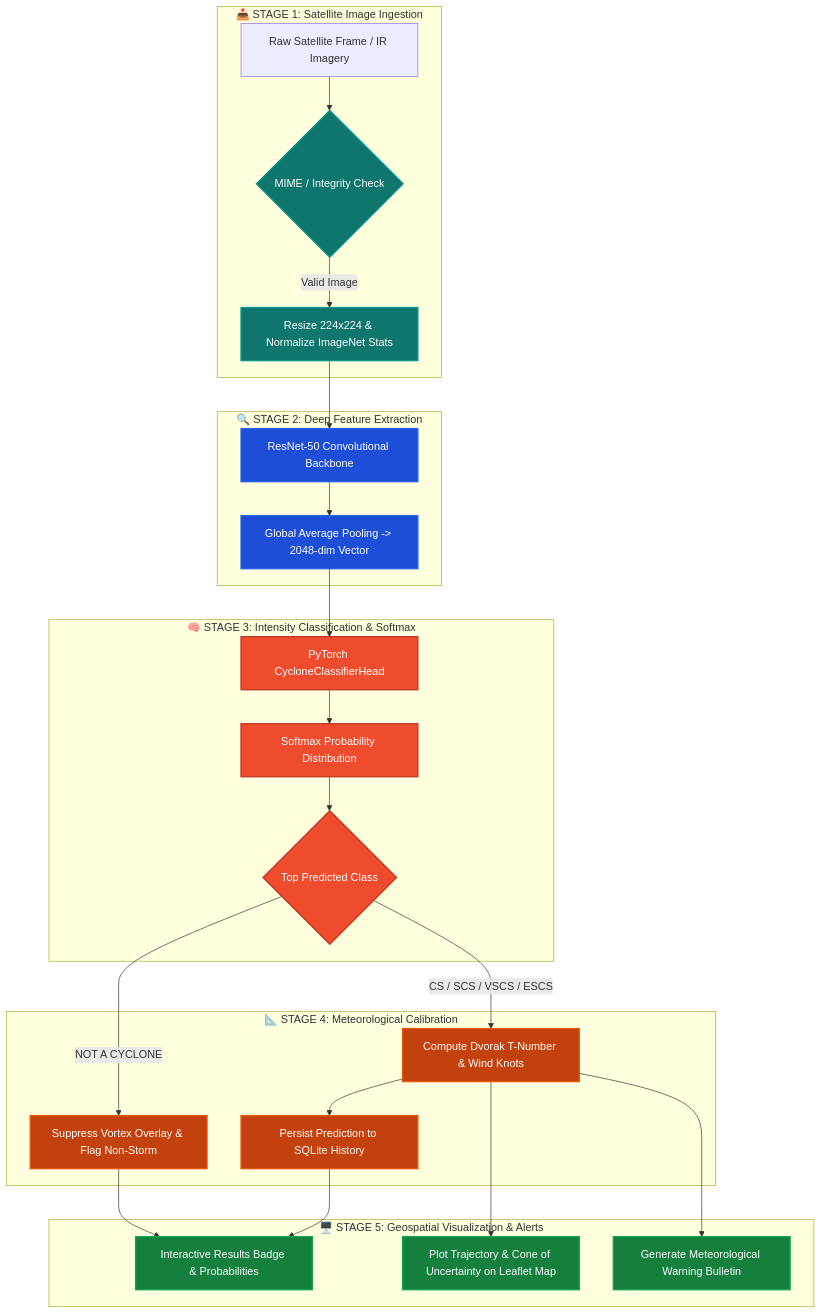
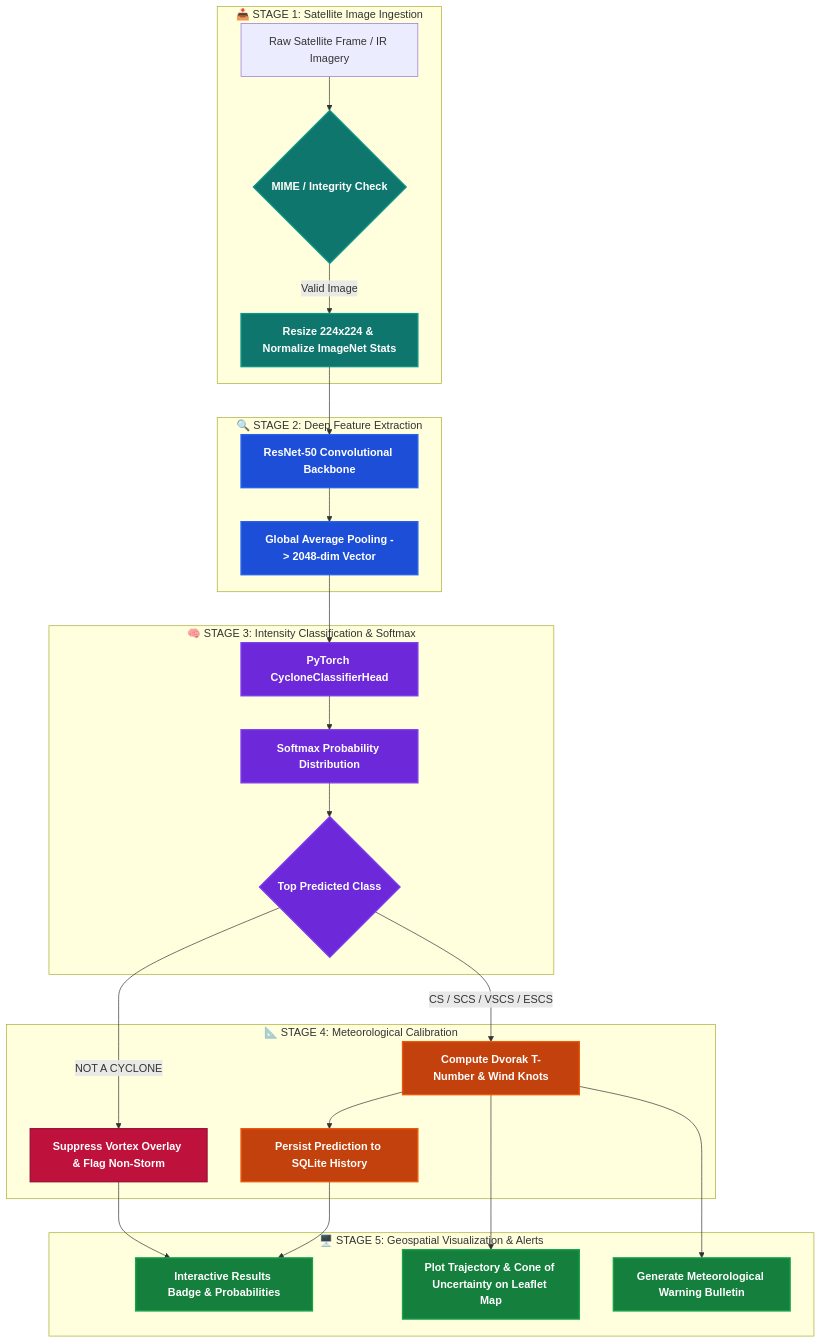
Before and after one commit to 8ernity/CycloNet: the second of 3 diagrams in README.md, drawn with Mermaid. The commit also changed other lines of this file, not shown here.

Commit message:
docs: remove header picture and enhance Mermaid diagram color schemes

````diff
--- a/README.md
+++ b/README.md
@@ -117,36 +113,37 @@
 ```mermaid
 flowchart TD
-    classDef stage1 fill:#0F766E,stroke:#0D9488,stroke-width:2px,color:#FFFFFF
-    classDef stage2 fill:#1D4ED8,stroke:#2563EB,stroke-width:2px,color:#FFFFFF
-    classDef stage3 fill:#EE4C2C,stroke:#C0392B,stroke-width:2px,color:#FFFFFF
-    classDef stage4 fill:#C2410C,stroke:#EA580C,stroke-width:2px,color:#FFFFFF
-    classDef stage5 fill:#15803D,stroke:#16A34A,stroke-width:2px,color:#FFFFFF
+    classDef stage1 fill:#0F766E,stroke:#0D9488,stroke-width:2px,color:#FFFFFF,font-weight:bold
+    classDef stage2 fill:#1D4ED8,stroke:#2563EB,stroke-width:2px,color:#FFFFFF,font-weight:bold
+    classDef stage3 fill:#6D28D9,stroke:#7C3AED,stroke-width:2px,color:#FFFFFF,font-weight:bold
+    classDef stage4 fill:#C2410C,stroke:#EA580C,stroke-width:2px,color:#FFFFFF,font-weight:bold
+    classDef stage5 fill:#15803D,stroke:#16A34A,stroke-width:2px,color:#FFFFFF,font-weight:bold
+    classDef rejectStyle fill:#BE123C,stroke:#9F1239,stroke-width:2px,color:#FFFFFF,font-weight:bold
 
     subgraph Stage1["📥 STAGE 1: Satellite Image Ingestion"]
-        InputFrame[Raw Satellite Frame / IR Imagery] --> Validator{MIME / Integrity Check}:::stage1
-        Validator -->|Valid Image| Preprocess[Resize 224x224 & Normalize ImageNet Stats]:::stage1
+        InputFrame["Raw Satellite Frame / IR Imagery"] --> Validator{"MIME / Integrity Check"}:::stage1
+        Validator -->|Valid Image| Preprocess["Resize 224x224 & Normalize ImageNet Stats"]:::stage1
     end
 
     subgraph Stage2["🔍 STAGE 2: Deep Feature Extraction"]
-        Preprocess --> ResNet[ResNet-50 Convolutional Backbone]:::stage2
-        ResNet --> LatentPool[Global Average Pooling -> 2048-dim Vector]:::stage2
+        Preprocess --> ResNet["ResNet-50 Convolutional Backbone"]:::stage2
+        ResNet --> LatentPool["Global Average Pooling -> 2048-dim Vector"]:::stage2
     end
 
     subgraph Stage3["🧠 STAGE 3: Intensity Classification & Softmax"]
-        LatentPool --> MLPHead[PyTorch CycloneClassifierHead]:::stage3
-        MLPHead --> Softmax[Softmax Probability Distribution]:::stage3
-        Softmax --> ConfidenceCheck{Top Predicted Class}:::stage3
+        LatentPool --> MLPHead["PyTorch CycloneClassifierHead"]:::stage3
+        MLPHead --> Softmax["Softmax Probability Distribution"]:::stage3
+        Softmax --> ConfidenceCheck{"Top Predicted Class"}:::stage3
     end
 
     subgraph Stage4["📐 STAGE 4: Meteorological Calibration"]
-        ConfidenceCheck -->|NOT A CYCLONE| Reject[Suppress Vortex Overlay & Flag Non-Storm]:::stage4
-        ConfidenceCheck -->|CS / SCS / VSCS / ESCS| MetricMap[Compute Dvorak T-Number & Wind Knots]:::stage4
-        MetricMap --> DBLog[Persist Prediction to SQLite History]:::stage4
+        ConfidenceCheck -->|NOT A CYCLONE| Reject["Suppress Vortex Overlay & Flag Non-Storm"]:::rejectStyle
+        ConfidenceCheck -->|CS / SCS / VSCS / ESCS| MetricMap["Compute Dvorak T-Number & Wind Knots"]:::stage4
+        MetricMap --> DBLog["Persist Prediction to SQLite History"]:::stage4
     end
 
     subgraph Stage5["🖥️ STAGE 5: Geospatial Visualization & Alerts"]
-        Reject & DBLog --> UIResult[Interactive Results Badge & Probabilities]:::stage5
-        MetricMap --> MapRender[Plot Trajectory & Cone of Uncertainty on Leaflet Map]:::stage5
-        MetricMap --> Bulletin[Generate Meteorological Warning Bulletin]:::stage5
+        Reject & DBLog --> UIResult["Interactive Results Badge & Probabilities"]:::stage5
+        MetricMap --> MapRender["Plot Trajectory & Cone of Uncertainty on Leaflet Map"]:::stage5
+        MetricMap --> Bulletin["Generate Meteorological Warning Bulletin"]:::stage5
     end
 ```
````
